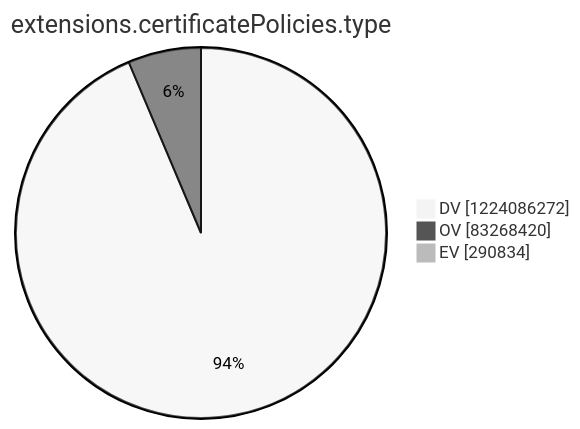
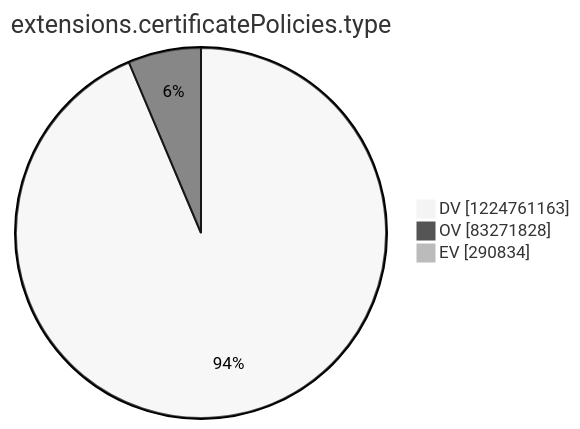
Before and after one commit to christiankrug/ctmonitor_visualization: the tenth of 15 diagrams in argon2022/README.md, drawn with Mermaid (neutral theme). The commit also changed other lines of this file, not shown here.

````diff
--- a/argon2022/README.md
+++ b/argon2022/README.md
@@ -2770,7 +2770,7 @@
 ```mermaid
 pie showData
 title extensions.certificatePolicies.type
-"DV" :1224086272
-"OV" :83268420
+"DV" :1224761163
+"OV" :83271828
 "EV" :290834
 ```
````
